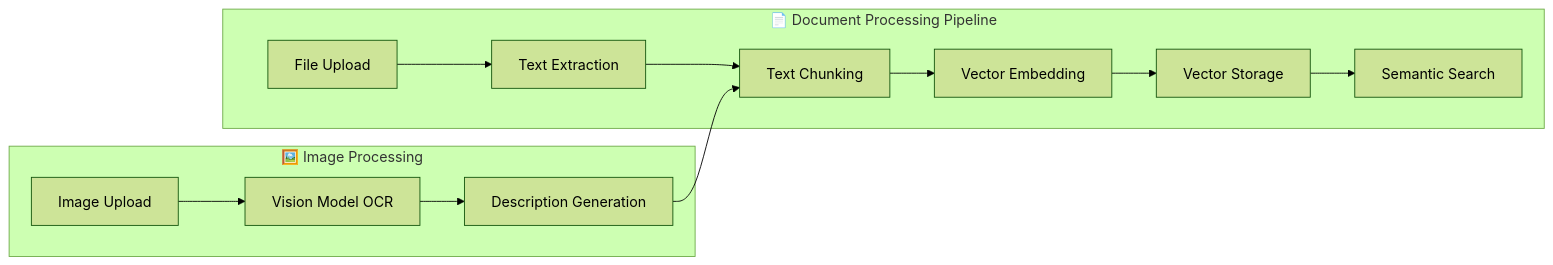
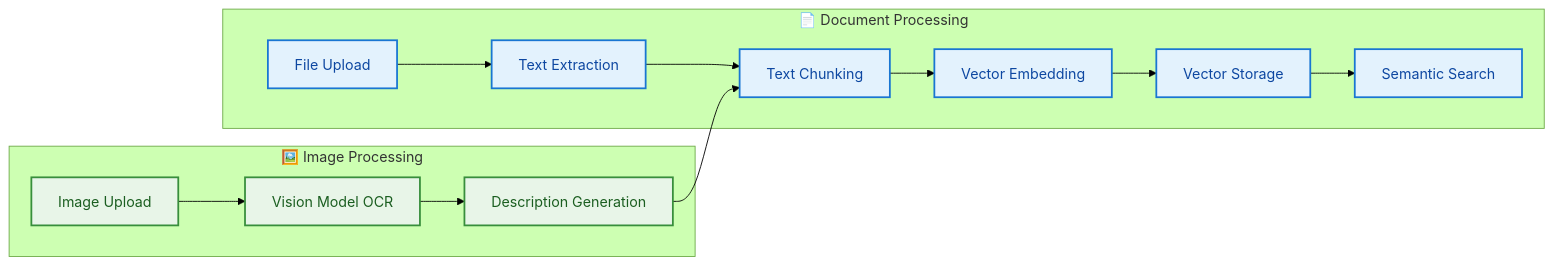
One commit to khaosans/basic-chat changed the third of 12 diagrams in docs/ARCHITECTURE.md. Above: the diagram before and after it, drawn with Mermaid (forest theme). The commit also changed other lines of this file and 6 other files, not shown here.

Commit message:
docs: Update documentation for clarity and consistency - Revise links and descriptions in DEVELOPMENT.md, ROADMAP.md, and ARCHITECTURE.md

````diff
--- a/docs/ARCHITECTURE.md
+++ b/docs/ARCHITECTURE.md
@@ -139,27 +140,33 @@
 ```mermaid
 graph LR
-    subgraph "📄 Document Processing Pipeline"
+    subgraph "📄 Document Processing"
         UPLOAD[File Upload]
         EXTRACT[Text Extraction]
         CHUNK[Text Chunking]
         EMBED[Vector Embedding]
         STORE[Vector Storage]
         SEARCH[Semantic Search]
     end
     
+    subgraph "🖼️ Image Processing"
+        IMG[Image Upload]
+        OCR[Vision Model OCR]
+        DESC[Description Generation]
+    end
+    
     UPLOAD --> EXTRACT
     EXTRACT --> CHUNK
     CHUNK --> EMBED
     EMBED --> STORE
     STORE --> SEARCH
     
-    subgraph "🖼️ Image Processing"
-        IMG[Image Upload]
-        OCR[Vision Model OCR]
-        DESC[Description Generation]
-    end
-    
     IMG --> OCR
     OCR --> DESC
     DESC --> CHUNK
+    
+    classDef pipeline fill:#E3F2FD,stroke:#1976D2,stroke-width:2px,color:#0D47A1
+    classDef image fill:#E8F5E8,stroke:#388E3C,stroke-width:2px,color:#1B5E20
+    
+    class UPLOAD,EXTRACT,CHUNK,EMBED,STORE,SEARCH pipeline
+    class IMG,OCR,DESC image
 ```
````
